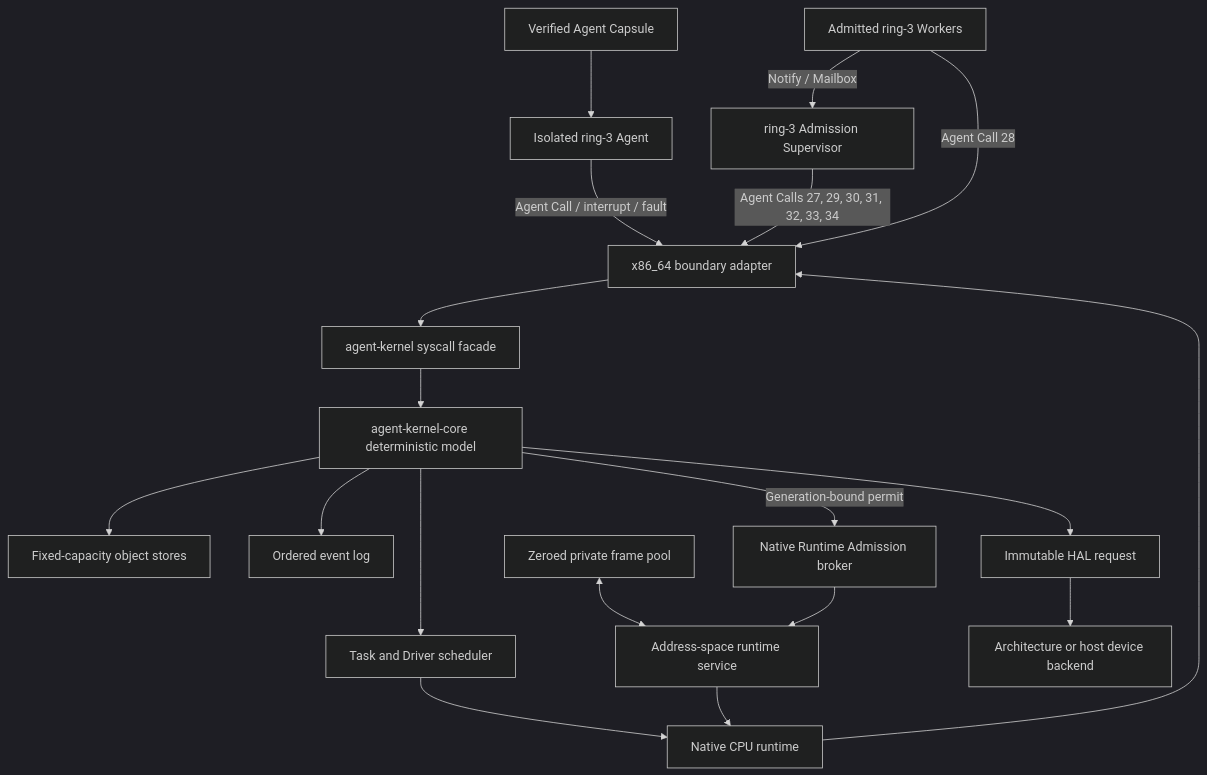
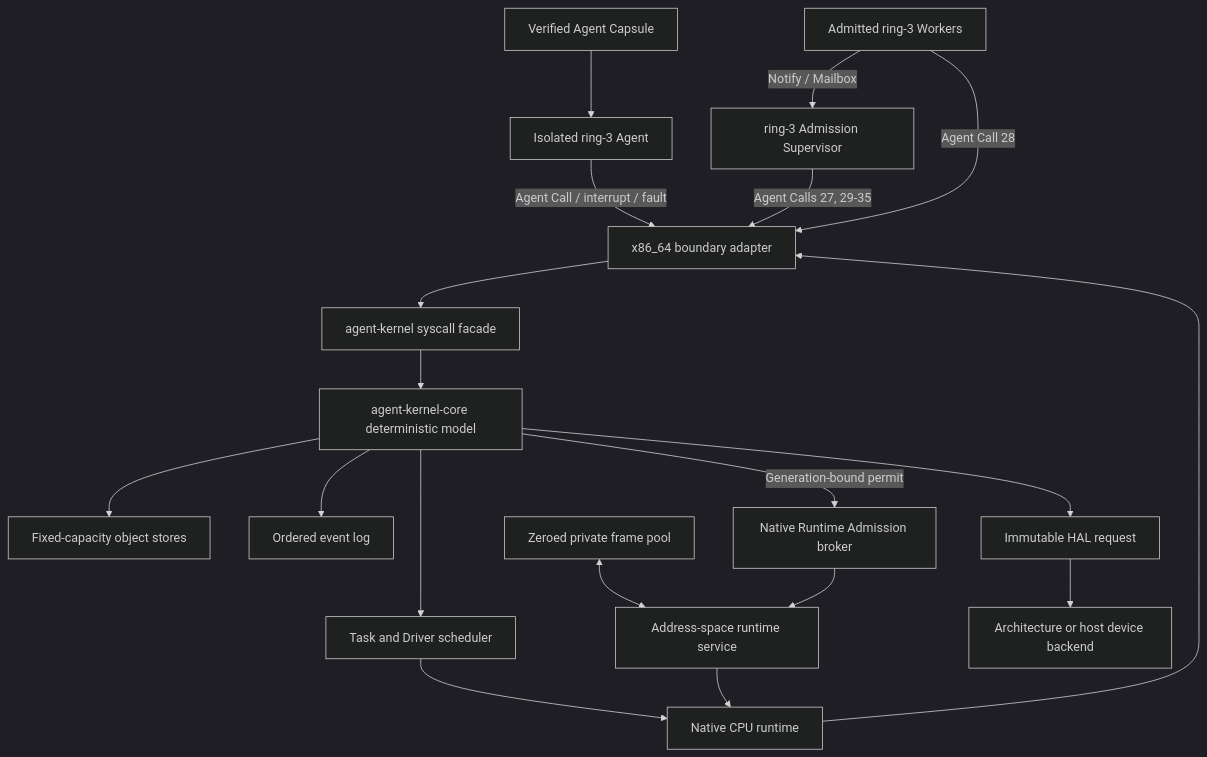
Before and after one commit to Evan-master/agent-kernel: the diagram in README.md, drawn with Mermaid (dark theme). The commit also changed other lines of this file and 36 other files, not shown here.

````diff
--- a/README.md
+++ b/README.md
@@ -205,21 +222,21 @@
 ```mermaid
 flowchart TB
     Capsule["Verified Agent Capsule"] --> Ring3["Isolated ring-3 Agent"]
     Ring3 -->|"Agent Call / interrupt / fault"| X86["x86_64 boundary adapter"]
     X86 --> Facade["agent-kernel syscall facade"]
     Facade --> Core["agent-kernel-core deterministic model"]
     Core --> Stores["Fixed-capacity object stores"]
     Core --> Events["Ordered event log"]
     Core --> Scheduler["Task and Driver scheduler"]
     Scheduler --> Runtime["Native CPU runtime"]
     Runtime --> X86
     FramePool["Zeroed private frame pool"] <--> AddressService["Address-space runtime service"]
     Broker["Native Runtime Admission broker"] --> AddressService
     Core -->|"Generation-bound permit"| Broker
     AddressService --> Runtime
     Core --> HAL["Immutable HAL request"]
     HAL --> Device["Architecture or host device backend"]
-    Supervisor["ring-3 Admission Supervisor"] -->|"Agent Calls 27, 29, 30, 31, 32, 33, 34"| X86
+    Supervisor["ring-3 Admission Supervisor"] -->|"Agent Calls 27, 29-35"| X86
     Workers["Admitted ring-3 Workers"] -->|"Agent Call 28"| X86
     Workers -->|"Notify / Mailbox"| Supervisor
 ```
````
